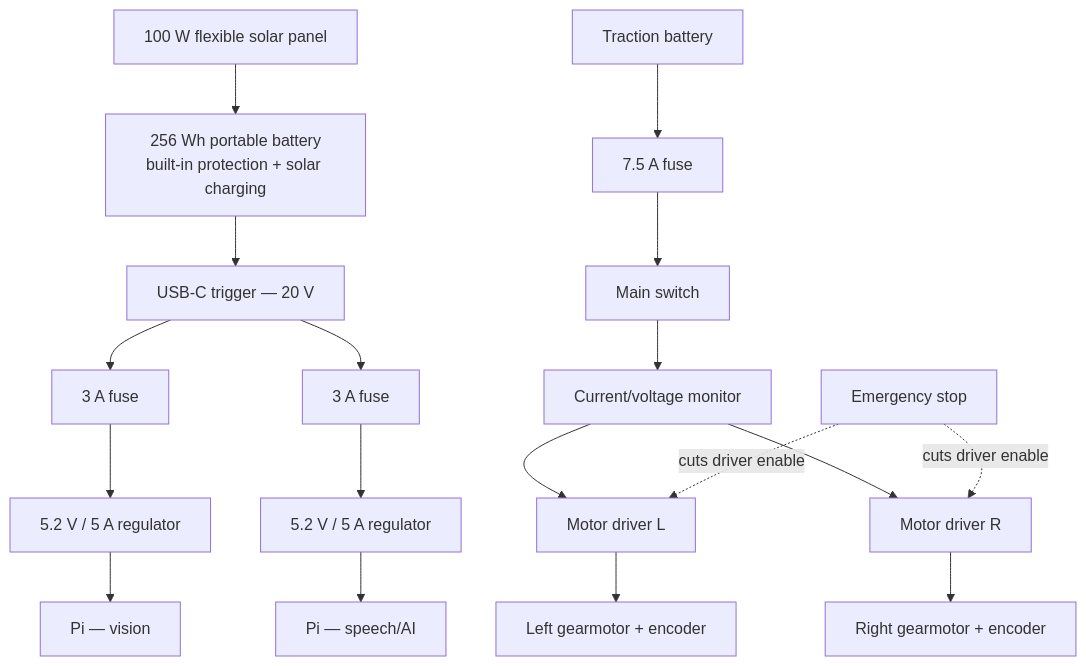
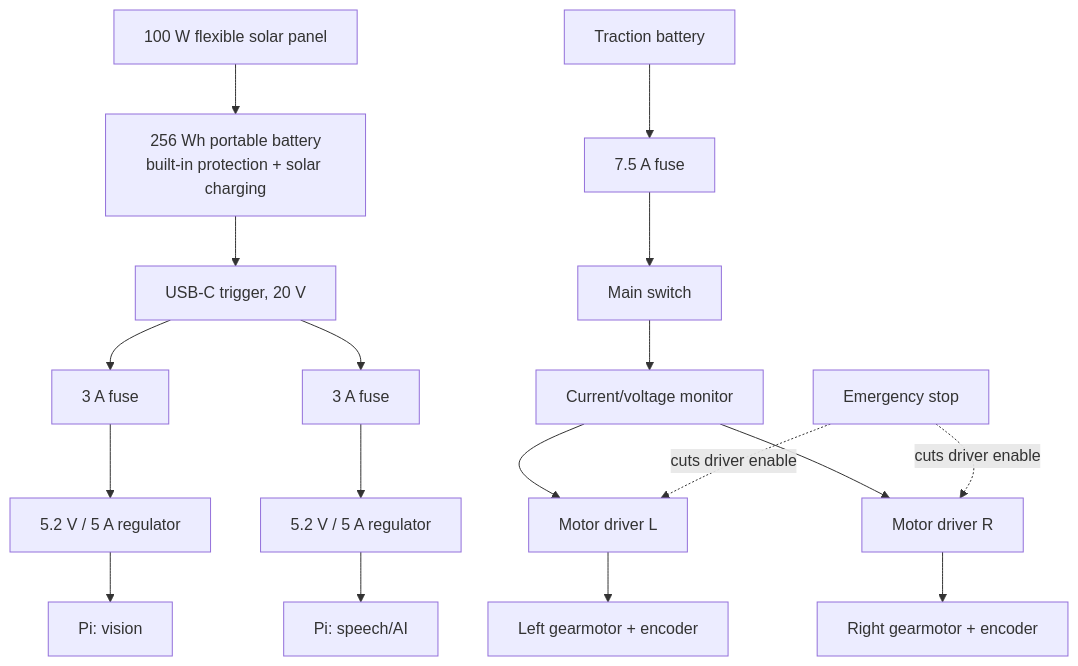
Before and after one commit to nicholasueki/solar-autonomous-rover: the third of 3 diagrams in README.md, drawn with Mermaid. The commit also changed other lines of this file and 1 other file, not shown here.

````diff
--- a/README.md
+++ b/README.md
@@ -182,12 +173,12 @@
 ```mermaid
 flowchart TD
     SUN["100 W flexible solar panel"] --> JACK["256 Wh portable battery<br/>built-in protection + solar charging"]
-    JACK --> PD["USB-C trigger — 20 V"]
-    PD --> F1["3 A fuse"] --> R1["5.2 V / 5 A regulator"] --> P1["Pi — vision"]
-    PD --> F2["3 A fuse"] --> R2["5.2 V / 5 A regulator"] --> P2["Pi — speech/AI"]
+    JACK --> PD["USB-C trigger, 20 V"]
+    PD --> F1["3 A fuse"] --> R1["5.2 V / 5 A regulator"] --> P1["Pi: vision"]
+    PD --> F2["3 A fuse"] --> R2["5.2 V / 5 A regulator"] --> P2["Pi: speech/AI"]
     BAT["Traction battery"] --> FUSE["7.5 A fuse"] --> SW["Main switch"]
     SW --> MON["Current/voltage monitor"] --> D1["Motor driver L"] & D2["Motor driver R"]
     D1 --> ML["Left gearmotor + encoder"]
     D2 --> MR["Right gearmotor + encoder"]
     ES["Emergency stop"] -.->|"cuts driver enable"| D1 & D2
 ```
````
